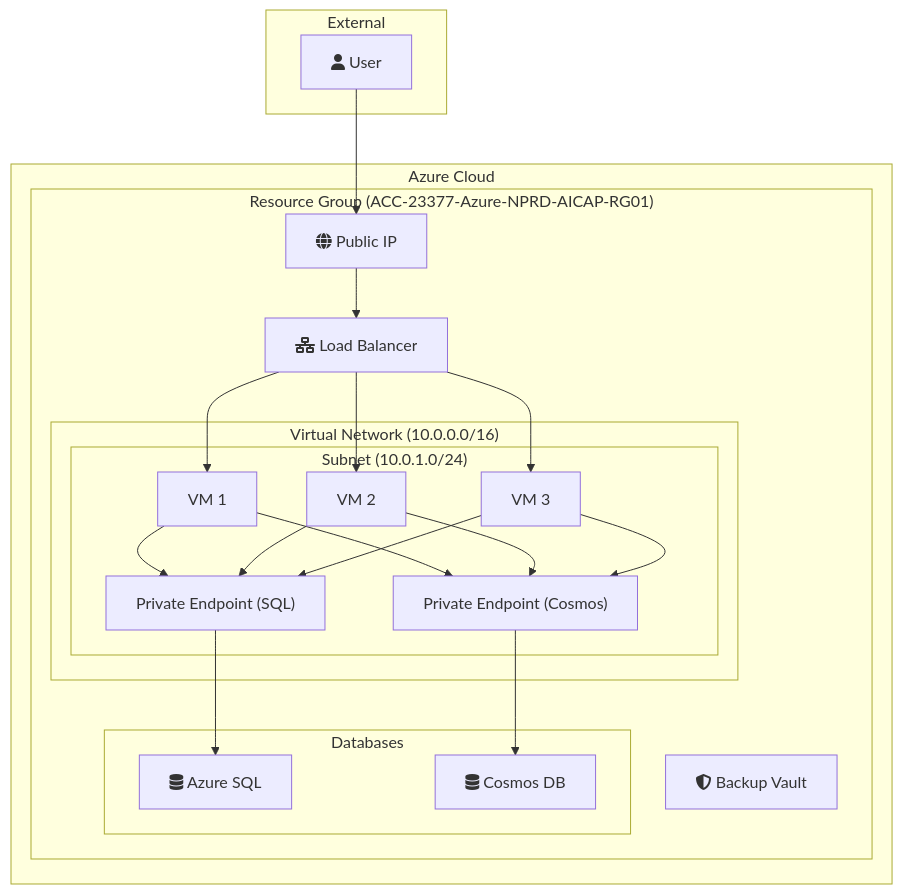
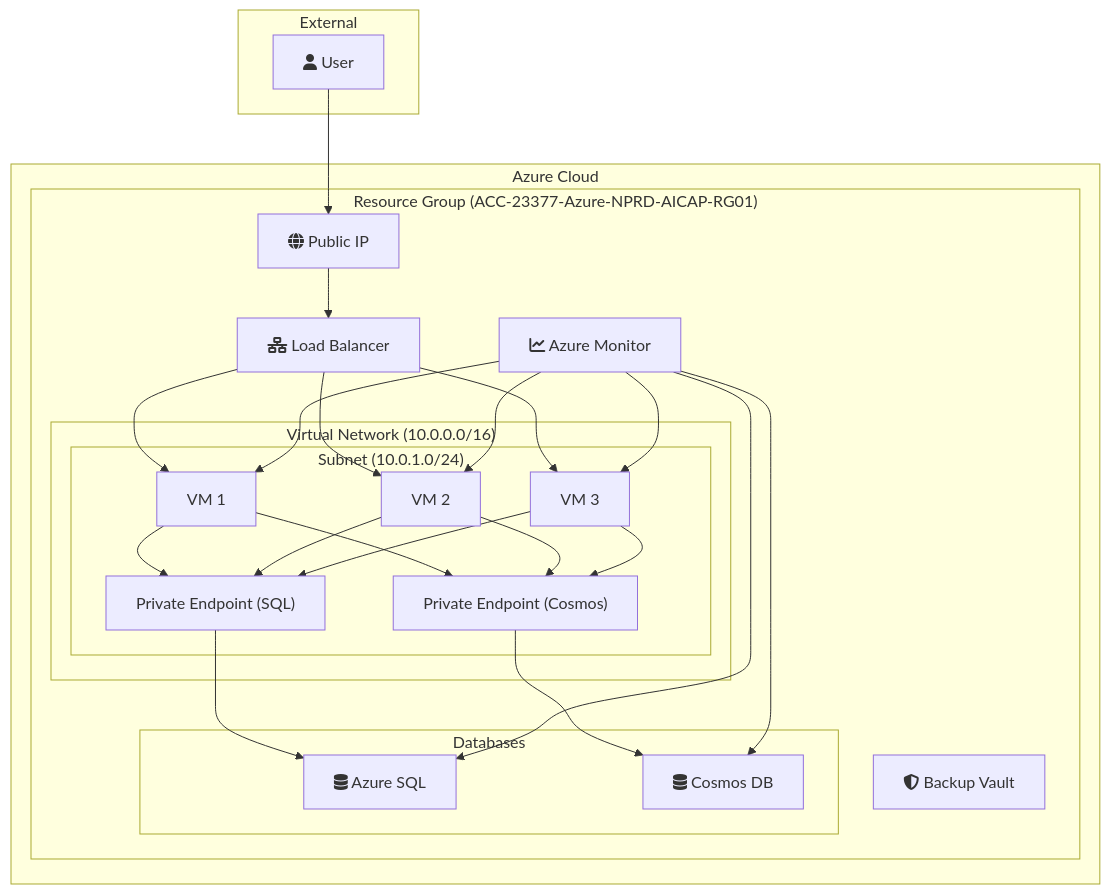
The diagram in README.md (shekhar1414/Azure_Project), drawn with Mermaid before and after one commit.

Commit message:
Update README.md with monitoring information

````diff
--- a/README.md
+++ b/README.md
@@ -44,47 +43,54 @@
 ```mermaid
 graph TD
     subgraph "Azure Cloud"
         subgraph "Resource Group (ACC-23377-Azure-NPRD-AICAP-RG01)"
             subgraph "Virtual Network (10.0.0.0/16)"
                 subgraph "Subnet (10.0.1.0/24)"
                     VM1["VM 1"];
                     VM2["VM 2"];
                     VM3["VM 3"];
                     SQL_PE["Private Endpoint (SQL)"];
                     COSMOS_PE["Private Endpoint (Cosmos)"];
                 end
             end
 
             subgraph "Databases"
                 SQL_DB[fa:fa-database Azure SQL];
                 COSMOS_DB[fa:fa-database Cosmos DB];
             end
 
             LB[fa:fa-network-wired Load Balancer];
             PIP[fa:fa-globe Public IP];
             BACKUP[fa:fa-shield-alt Backup Vault];
+            MONITOR[fa:fa-chart-line Azure Monitor];
 
             PIP --> LB;
             LB --> VM1;
             LB --> VM2;
             LB --> VM3;
 
             VM1 --> SQL_PE;
             VM2 --> SQL_PE;
             VM3 --> SQL_PE;
 
             VM1 --> COSMOS_PE;
             VM2 --> COSMOS_PE;
             VM3 --> COSMOS_PE;
             
             SQL_PE --> SQL_DB;
             COSMOS_PE --> COSMOS_DB;
+
+            MONITOR --> VM1;
+            MONITOR --> VM2;
+            MONITOR --> VM3;
+            MONITOR --> SQL_DB;
+            MONITOR --> COSMOS_DB;
         end
     end
 
     subgraph "External"
         USER[fa:fa-user User];
     end
 
     USER --> PIP;
 ```
````
